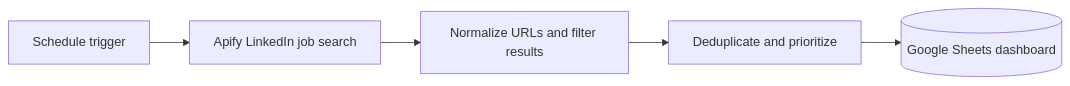
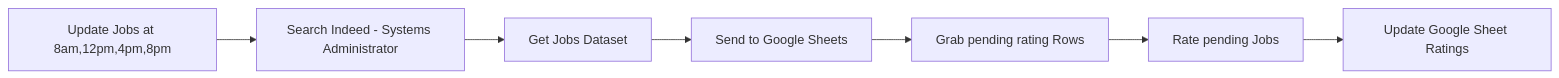
One commit to clausefoto/n8n-ai-job-application-automation changed the first of 2 diagrams in docs/architecture.md. Above: the diagram before and after it, drawn with Mermaid. The commit also changed other lines of this file and 9 other files, not shown here.

Commit message:
docs: publish sanitized 19-node n8n workflow and updated architecture

````diff
--- a/docs/architecture.md
+++ b/docs/architecture.md
@@ -7,7 +9,9 @@
 ```mermaid
 flowchart LR
-  A[Schedule trigger] --> B[Apify LinkedIn job search]
-  B --> C[Normalize URLs and filter results]
-  C --> D[Deduplicate and prioritize]
-  D --> E[(Google Sheets dashboard)]
+ A[Update Jobs at 8am,12pm,4pm,8pm] --> B[Search Indeed - Systems Administrator]
+ B --> C[Get Jobs Dataset]
+ C --> D[Send to Google Sheets]
+ D --> E[Grab pending rating Rows]
+ E --> F[Rate pending Jobs]
+ F --> G[Update Google Sheet Ratings]
 ```
````
